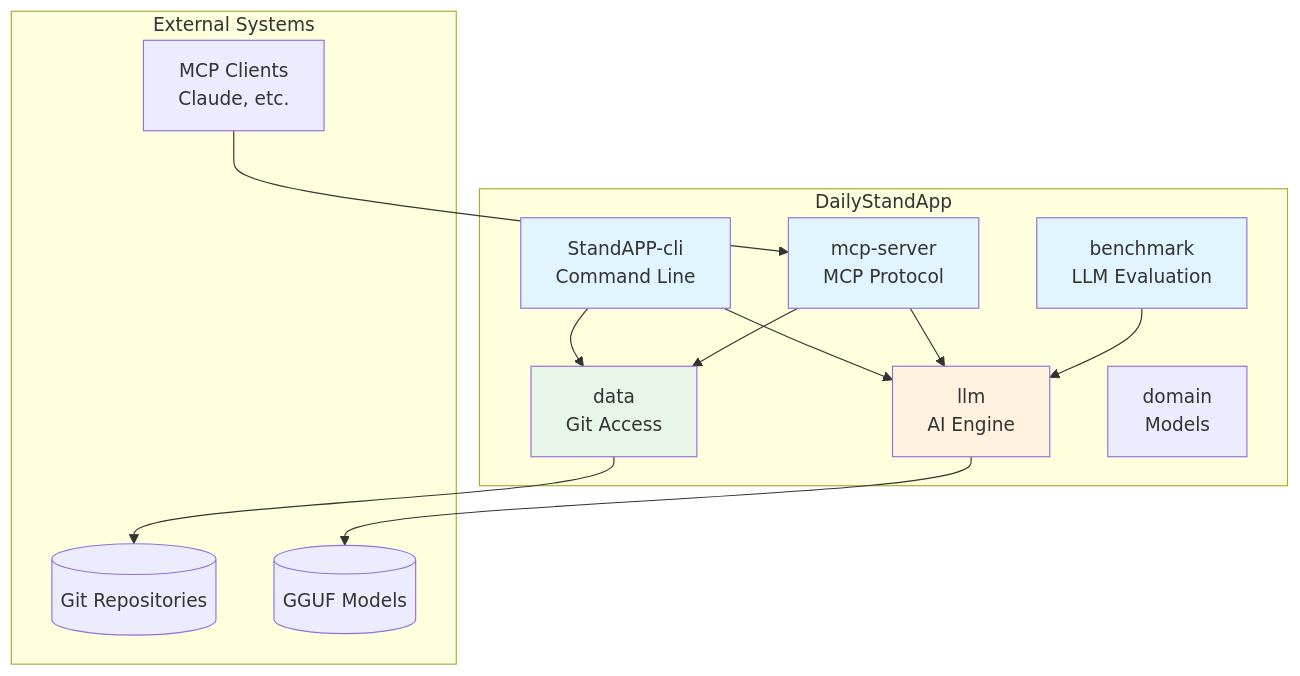
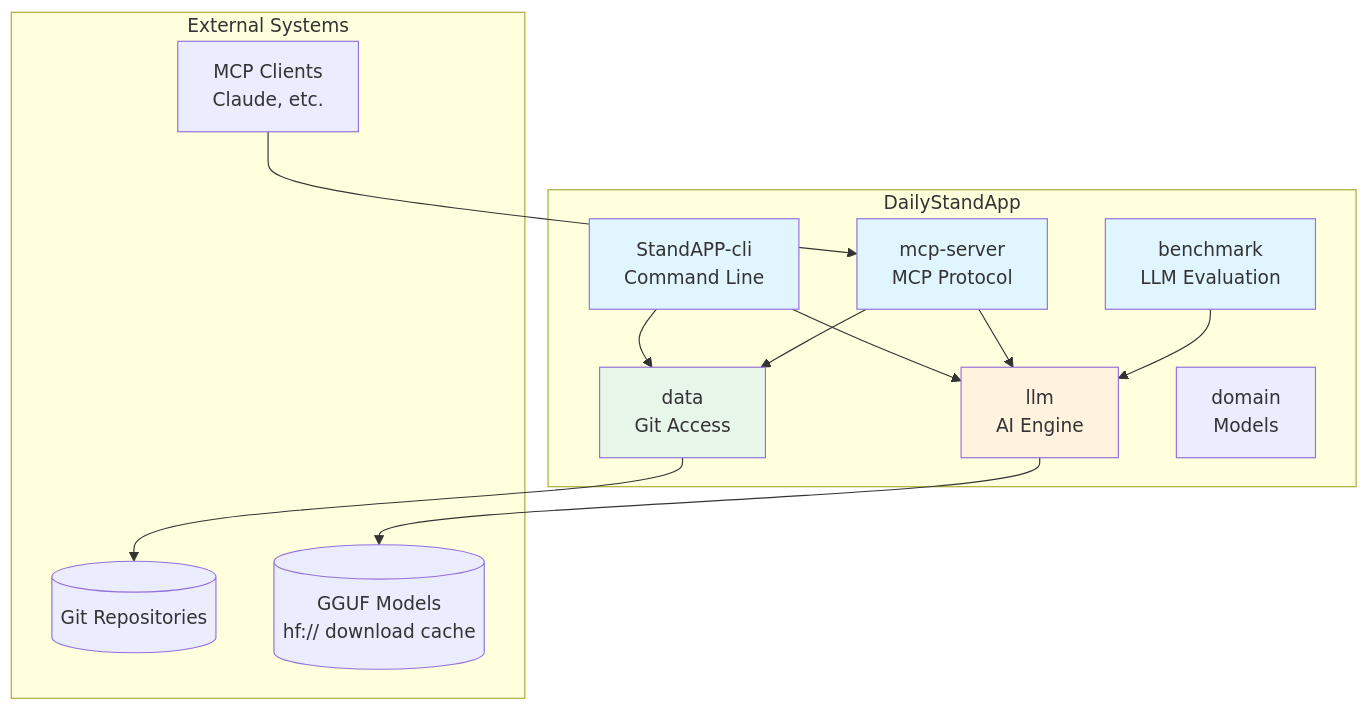
One commit to michalharakal/Daily-StandAPP changed the diagram in docs/modules/architecture/pages/index.adoc. Above: the diagram before and after it, drawn with Mermaid. The commit also changed other lines of this file and 38 other files, not shown here.

```diff
--- a/docs/modules/architecture/pages/index.adoc
+++ b/docs/modules/architecture/pages/index.adoc
@@ -106,35 +106,35 @@
 [mermaid]
 ----
 graph TB
     subgraph "DailyStandApp"
         CLI[StandAPP-cli<br/>Command Line]
         MCP[mcp-server<br/>MCP Protocol]
         BENCH[benchmark<br/>LLM Evaluation]
 
         LLM[llm<br/>AI Engine]
         DATA[data<br/>Git Access]
         DOMAIN[domain<br/>Models]
     end
 
     subgraph "External Systems"
         GIT[(Git Repositories)]
-        MODELS[(GGUF Models)]
+        MODELS[(GGUF Models<br/>hf:// download cache)]
         MCPCLIENT[MCP Clients<br/>Claude, etc.]
     end
 
     CLI --> LLM
     CLI --> DATA
     MCP --> LLM
     MCP --> DATA
     BENCH --> LLM
 
     LLM --> MODELS
     DATA --> GIT
     MCPCLIENT --> MCP
 
     style CLI fill:#e1f5fe
     style MCP fill:#e1f5fe
     style BENCH fill:#e1f5fe
     style LLM fill:#fff3e0
     style DATA fill:#e8f5e9
 ----
```
